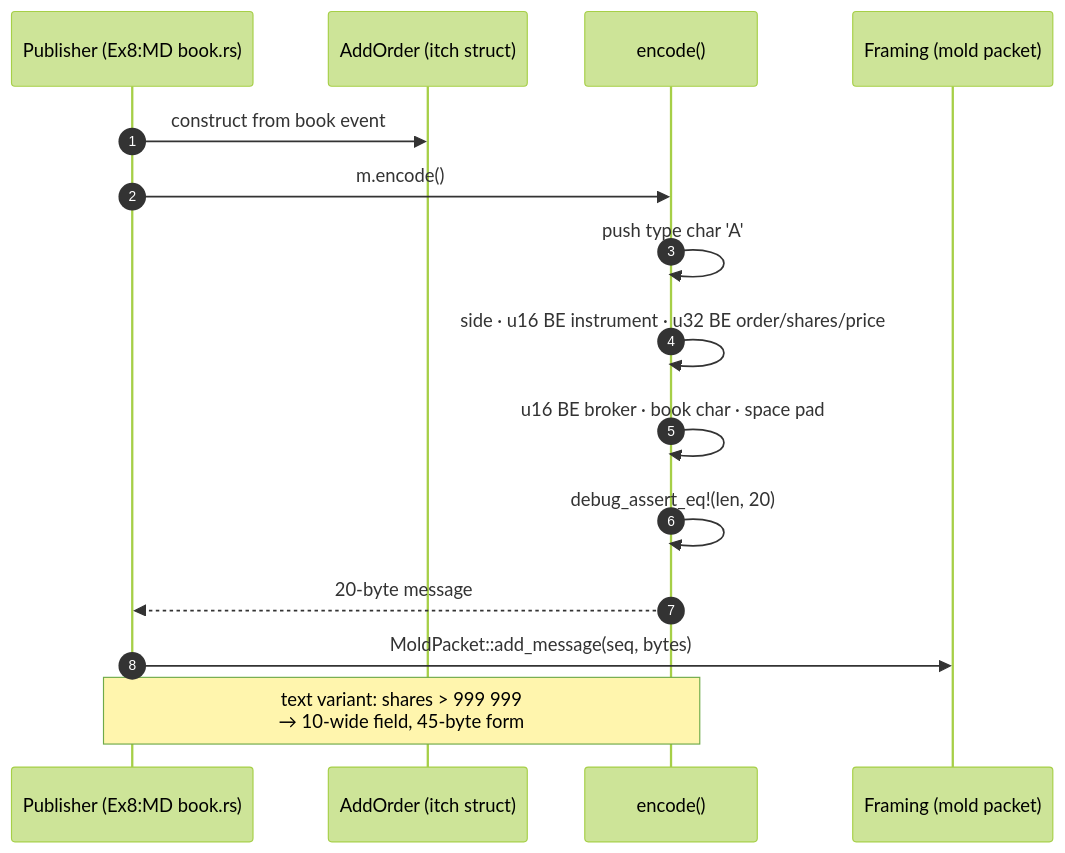
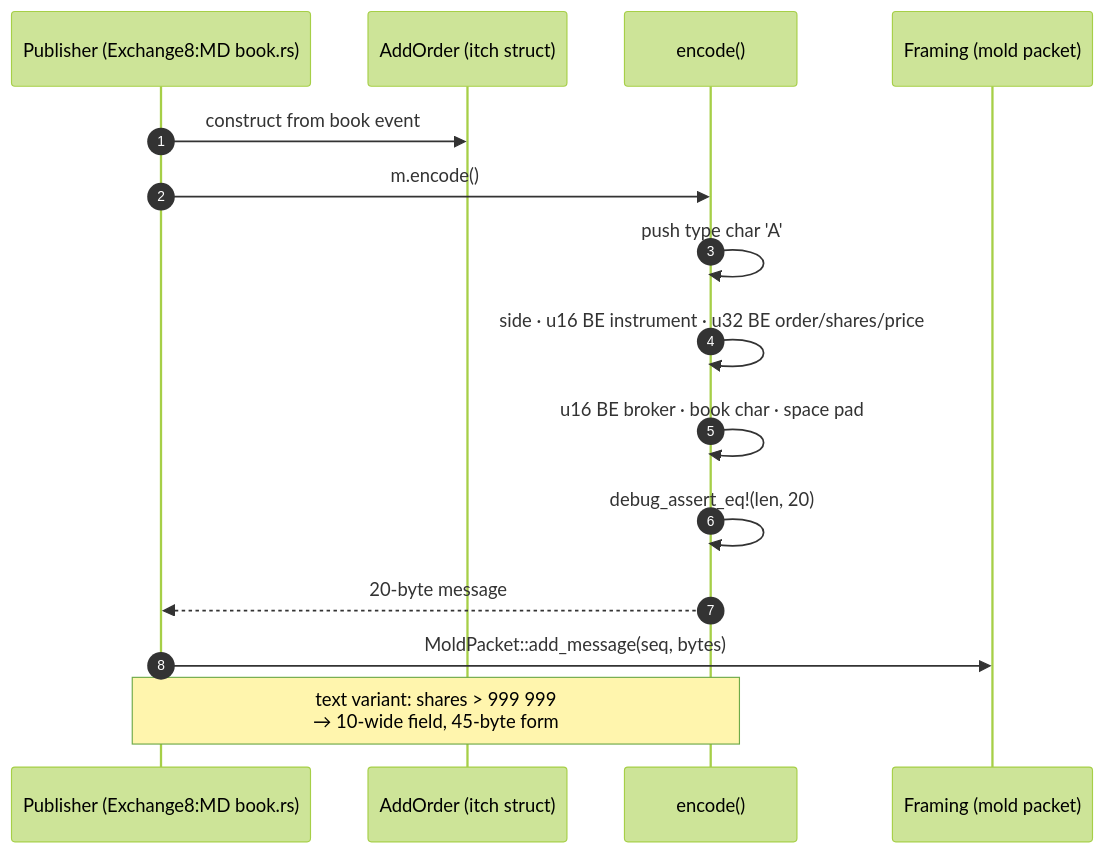
One commit to Exchange8-dev/exchange8-sdk changed the second of 7 diagrams in crates/itch/DESIGN.md. Above: the diagram before and after it, drawn with Mermaid (forest theme). The commit also changed other lines of this file and 29 other files, not shown here.

````diff
--- a/crates/itch/DESIGN.md
+++ b/crates/itch/DESIGN.md
@@ -93,18 +93,18 @@
 ```mermaid
 sequenceDiagram
     autonumber
-    participant P as Publisher (Ex8:MD book.rs)
+    participant P as Publisher (Exchange8:MD book.rs)
     participant M as AddOrder (itch struct)
     participant E as encode()
     participant F as Framing (mold packet)
 
     P->>M: construct from book event
     P->>E: m.encode()
     E->>E: push type char 'A'
     E->>E: side · u16 BE instrument · u32 BE order/shares/price
     E->>E: u16 BE broker · book char · space pad
     E->>E: debug_assert_eq!(len, 20)
     E-->>P: 20-byte message
     P->>F: MoldPacket::add_message(seq, bytes)
     Note over P,E: text variant: shares > 999 999<br/>→ 10-wide field, 45-byte form
 ```
````
